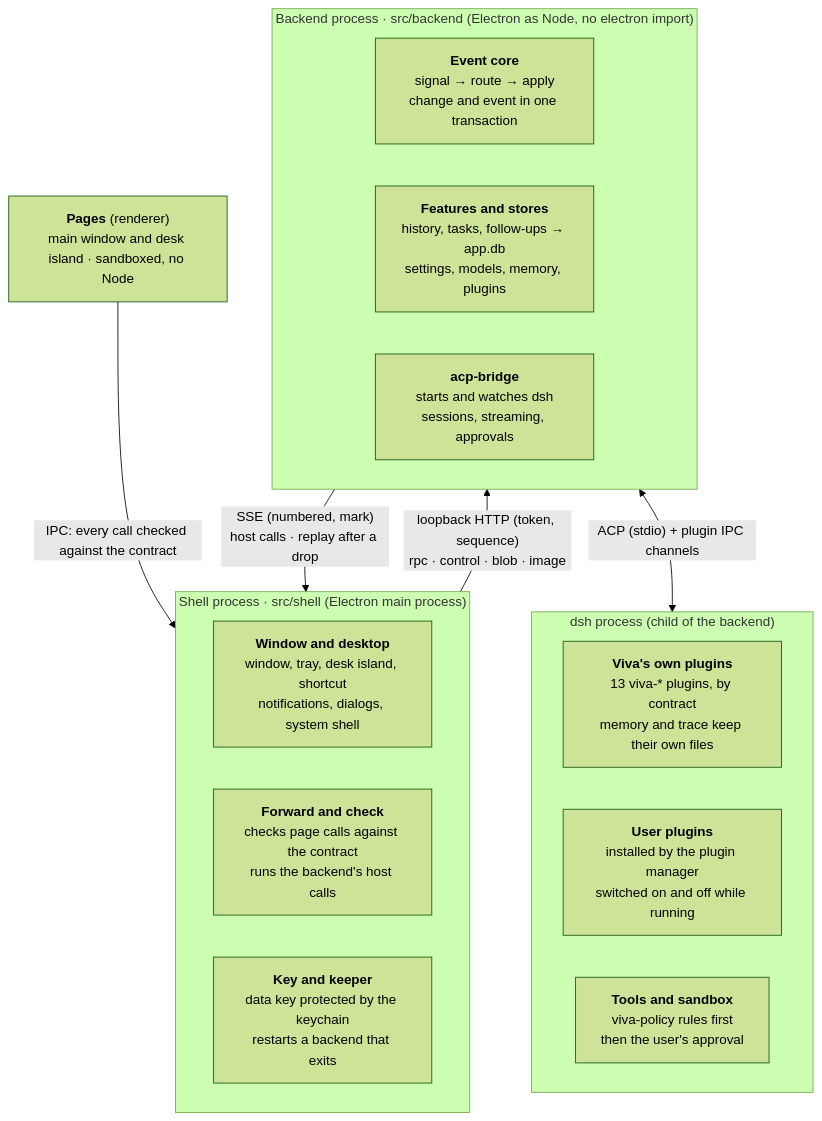
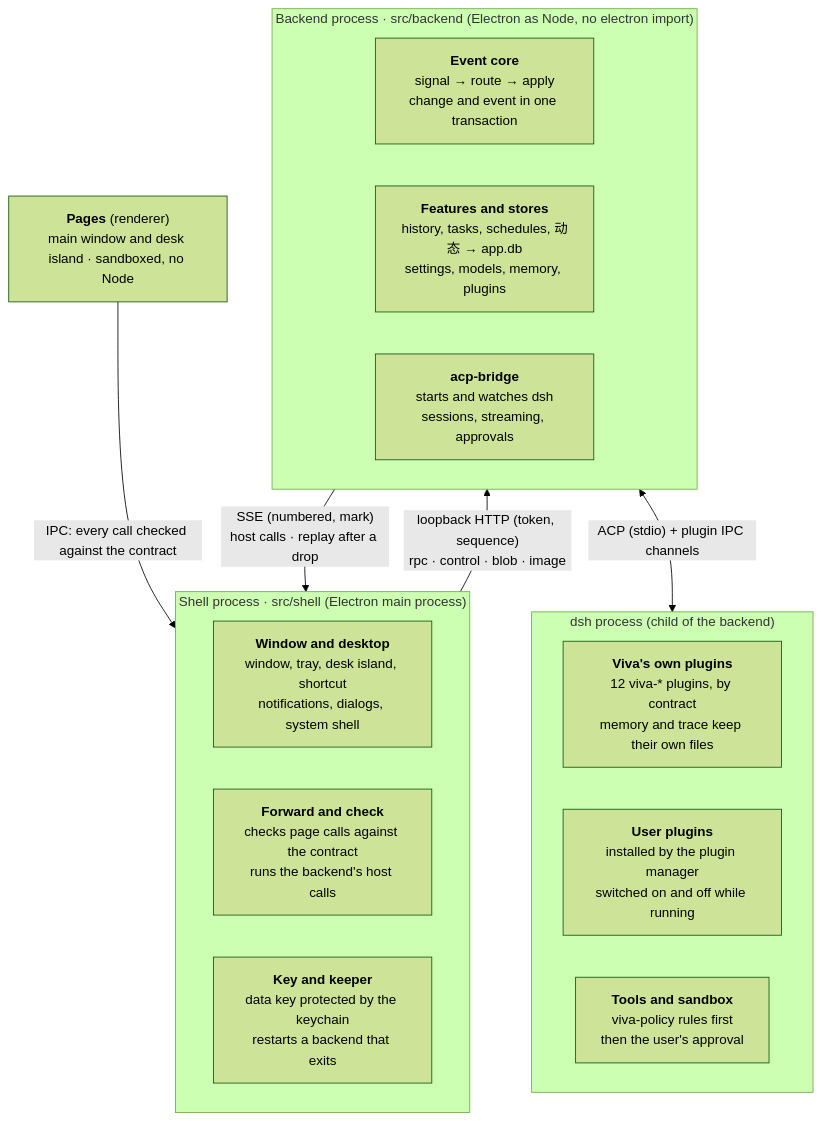
The diagram in docs/system-design.md (JNS0724/Viva), drawn with Mermaid (forest theme) before and after one commit. The commit also changed other lines of this file and 106 other files, not shown here.

First line of the commit message:
wip(schedule 5): the follow-ups go; schedules and 动态 are the one way

````diff
--- a/docs/system-design.md
+++ b/docs/system-design.md
@@ -24,23 +24,23 @@
 ```mermaid
 flowchart TB
   pages["<b>Pages</b> (renderer)<br/>main window and desk island · sandboxed, no Node"]
   subgraph shell["Shell process · src/shell (Electron main process)"]
     s1["<b>Window and desktop</b><br/>window, tray, desk island, shortcut<br/>notifications, dialogs, system shell"]
     s2["<b>Forward and check</b><br/>checks page calls against the contract<br/>runs the backend's host calls"]
     s3["<b>Key and keeper</b><br/>data key protected by the keychain<br/>restarts a backend that exits"]
   end
   subgraph backend["Backend process · src/backend (Electron as Node, no electron import)"]
     b1["<b>Event core</b><br/>signal → route → apply<br/>change and event in one transaction"]
-    b2["<b>Features and stores</b><br/>history, tasks, follow-ups → app.db<br/>settings, models, memory, plugins"]
+    b2["<b>Features and stores</b><br/>history, tasks, schedules, 动态 → app.db<br/>settings, models, memory, plugins"]
     b3["<b>acp-bridge</b><br/>starts and watches dsh<br/>sessions, streaming, approvals"]
   end
   subgraph dsh["dsh process (child of the backend)"]
-    d1["<b>Viva's own plugins</b><br/>13 viva-* plugins, by contract<br/>memory and trace keep their own files"]
+    d1["<b>Viva's own plugins</b><br/>12 viva-* plugins, by contract<br/>memory and trace keep their own files"]
     d2["<b>User plugins</b><br/>installed by the plugin manager<br/>switched on and off while running"]
     d3["<b>Tools and sandbox</b><br/>viva-policy rules first<br/>then the user's approval"]
   end
   pages -- "IPC: every call checked against the contract" --> shell
   shell -- "loopback HTTP (token, sequence)<br/>rpc · control · blob · image" --> backend
   backend -- "SSE (numbered, mark)<br/>host calls · replay after a drop" --> shell
   backend <-->|"ACP (stdio) + plugin IPC channels"| dsh
 ```
````
